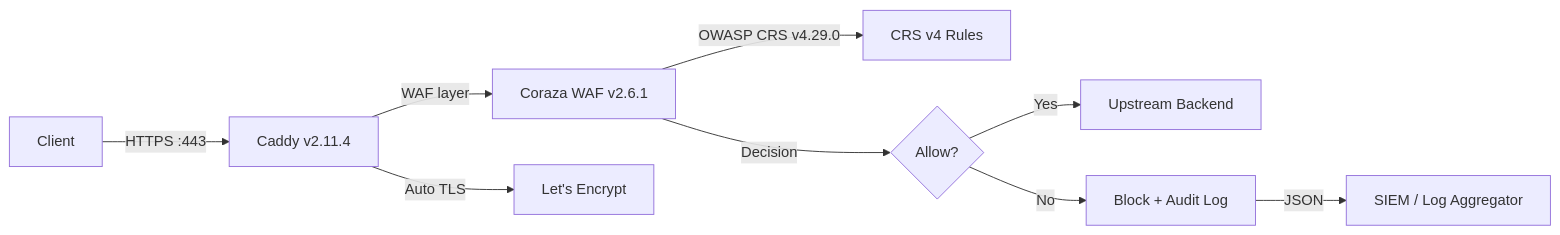
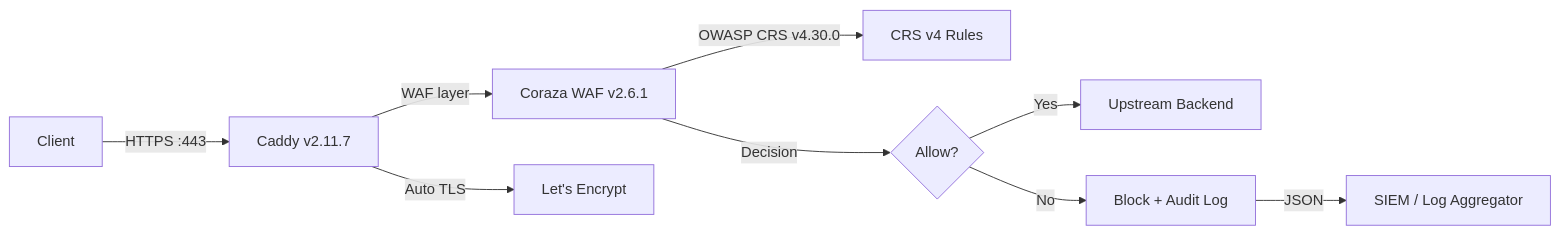
Before and after one commit to Developmi/caddy-waf: the diagram in README.md, drawn with Mermaid. The commit also changed other lines of this file and 18 other files, not shown here.

Commit message:
docs: update documentation and test suites for Caddy 2.11.7 and CRS 4.30.0

````diff
--- a/README.md
+++ b/README.md
@@ -154,11 +154,11 @@
 ```mermaid
 flowchart LR
-    Client[Client] -->|HTTPS :443| Caddy[Caddy v2.11.4]
+    Client[Client] -->|HTTPS :443| Caddy[Caddy v2.11.7]
     Caddy -->|WAF layer| Coraza[Coraza WAF v2.6.1]
-    Coraza -->|OWASP CRS v4.29.0| Rules[CRS v4 Rules]
+    Coraza -->|OWASP CRS v4.30.0| Rules[CRS v4 Rules]
     Coraza -->|Decision| Action{Allow?}
     Action -->|Yes| Backend[Upstream Backend]
     Action -->|No| Block[Block + Audit Log]
     Block -->|JSON| SIEM[SIEM / Log Aggregator]
     Caddy -->|Auto TLS| LE[Let's Encrypt]
 ```
````
